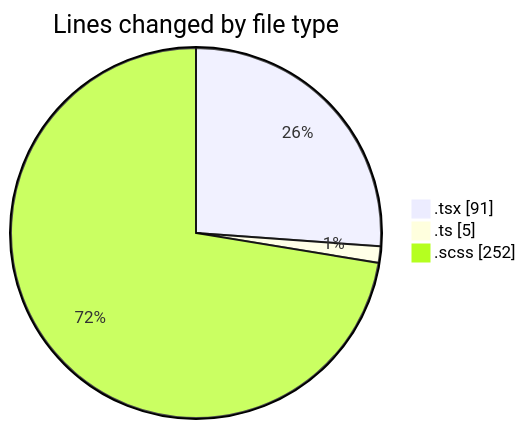
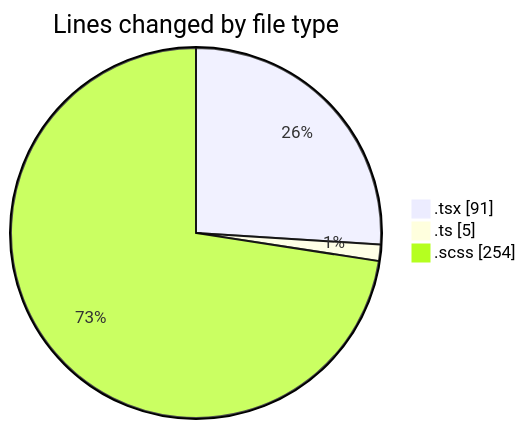
Before and after one commit to momahboobian/code-tracking: the first of 2 diagrams in 2025-02-28/cda/README.md, drawn with Mermaid. The commit also changed other lines of this file and 1 other file, not shown here.

````diff
--- a/2025-02-28/cda/README.md
+++ b/2025-02-28/cda/README.md
@@ -24,7 +24,7 @@
 ```mermaid
 pie showData
 title Lines changed by file type
 ".tsx" : 91
 ".ts" : 5
-".scss" : 252
+".scss" : 254
 ```
````
